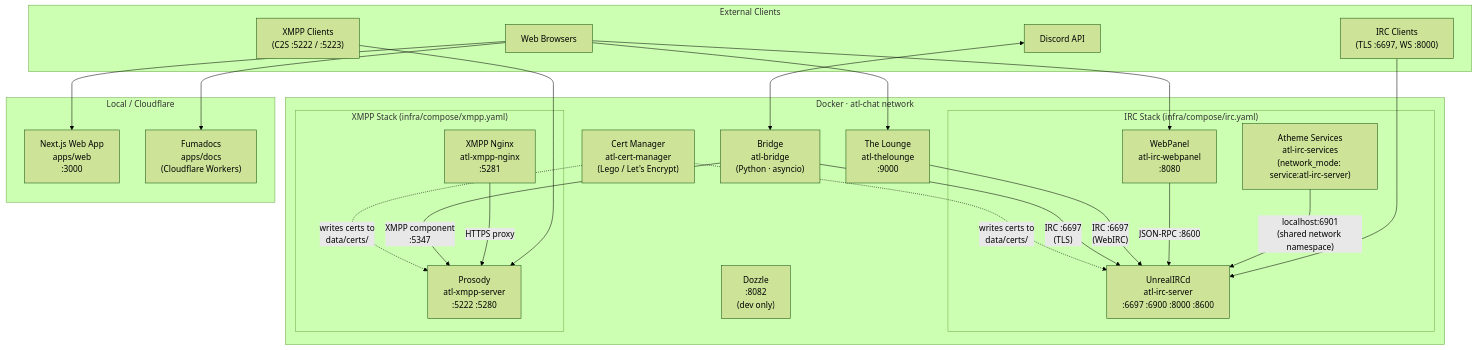
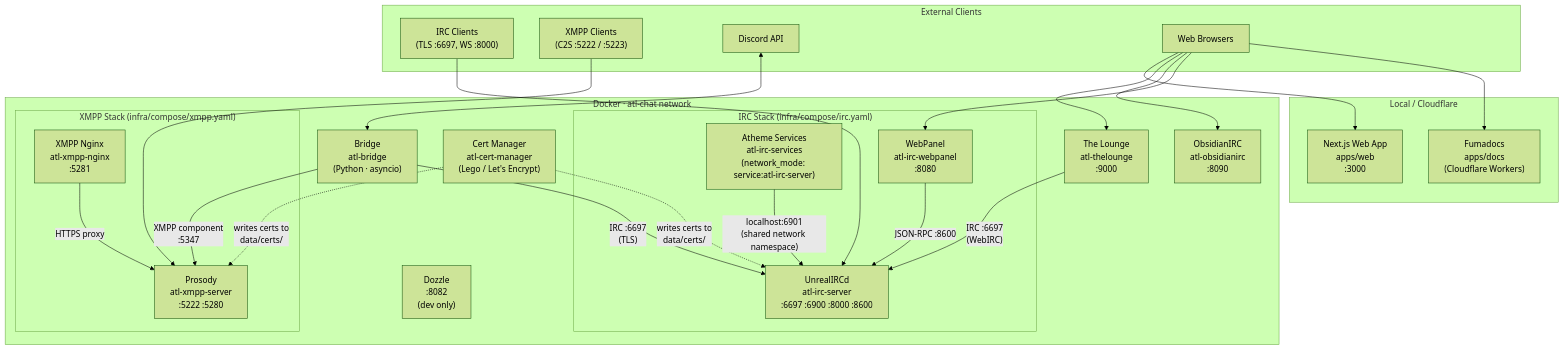
Before and after one commit to allthingslinux/atl.chat: the first of 2 diagrams in apps/docs/content/docs/architecture/index.mdx, drawn with Mermaid (forest theme). The commit also changed other lines of this file and 20 other files, not shown here.

Commit message:
docs: sync AGENTS.md and apps/docs with codebase — add ObsidianIRC, update commands, fix outdated references

````diff
--- a/apps/docs/content/docs/architecture/index.mdx
+++ b/apps/docs/content/docs/architecture/index.mdx
@@ -12,53 +12,55 @@
 ```mermaid
 graph TB
   subgraph External["External Clients"]
     IRCClient["IRC Clients\n(TLS :6697, WS :8000)"]
     XMPPClient["XMPP Clients\n(C2S :5222 / :5223)"]
     DiscordAPI["Discord API"]
     Browser["Web Browsers"]
   end
 
   subgraph Docker["Docker · atl-chat network"]
     subgraph IRCStack["IRC Stack (infra/compose/irc.yaml)"]
       UnrealIRCd["UnrealIRCd\natl-irc-server\n:6697 :6900 :8000 :8600"]
       Atheme["Atheme Services\natl-irc-services\n(network_mode: service:atl-irc-server)"]
       WebPanel["WebPanel\natl-irc-webpanel\n:8080"]
     end
 
     subgraph XMPPStack["XMPP Stack (infra/compose/xmpp.yaml)"]
       Prosody["Prosody\natl-xmpp-server\n:5222 :5280"]
       XMPPNginx["XMPP Nginx\natl-xmpp-nginx\n:5281"]
     end
 
     Bridge["Bridge\natl-bridge\n(Python · asyncio)"]
     TheLounge["The Lounge\natl-thelounge\n:9000"]
+    ObsidianIRC["ObsidianIRC\natl-obsidianirc\n:8090"]
     CertManager["Cert Manager\natl-cert-manager\n(Lego / Let's Encrypt)"]
     Dozzle["Dozzle\n:8082\n(dev only)"]
   end
 
   subgraph Local["Local / Cloudflare"]
     WebApp["Next.js Web App\napps/web\n:3000"]
     Docs["Fumadocs\napps/docs\n(Cloudflare Workers)"]
   end
 
   IRCClient --> UnrealIRCd
   Atheme -- "localhost:6901\n(shared network namespace)" --> UnrealIRCd
   WebPanel -- "JSON-RPC :8600" --> UnrealIRCd
   TheLounge -- "IRC :6697\n(WebIRC)" --> UnrealIRCd
 
   XMPPClient --> Prosody
   XMPPNginx -- "HTTPS proxy" --> Prosody
 
   DiscordAPI <--> Bridge
   Bridge -- "IRC :6697\n(TLS)" --> UnrealIRCd
   Bridge -- "XMPP component\n:5347" --> Prosody
 
   Browser --> WebApp
   Browser --> TheLounge
+  Browser --> ObsidianIRC
   Browser --> WebPanel
   Browser --> Docs
 
   CertManager -. "writes certs to\ndata/certs/" .-> UnrealIRCd
   CertManager -. "writes certs to\ndata/certs/" .-> Prosody
 
 ```
````
